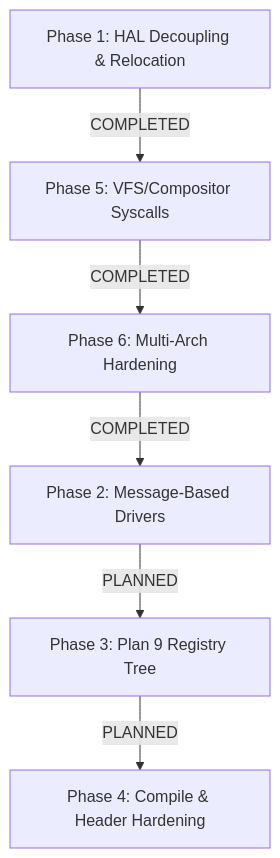
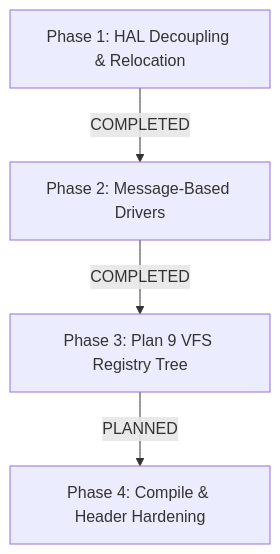
Before and after one commit to olmox001/os1test-dev: the diagram in REFACTOR_PLAN.md, drawn with Mermaid. The commit also changed other lines of this file and 9 other files, not shown here.

````diff
--- a/REFACTOR_PLAN.md
+++ b/REFACTOR_PLAN.md
@@ -45,8 +42,6 @@
 ```mermaid
 graph TD
-    P1[Phase 1: HAL Decoupling & Relocation] -->|COMPLETED| P5[Phase 5: VFS/Compositor Syscalls]
-    P5 -->|COMPLETED| P6[Phase 6: Multi-Arch Hardening]
-    P6 -->|COMPLETED| P2[Phase 2: Message-Based Drivers]
-    P2 -->|PLANNED| P3[Phase 3: Plan 9 Registry Tree]
+    P1[Phase 1: HAL Decoupling & Relocation] -->|COMPLETED| P2[Phase 2: Message-Based Drivers]
+    P2 -->|COMPLETED| P3[Phase 3: Plan 9 VFS Registry Tree]
     P3 -->|PLANNED| P4[Phase 4: Compile & Header Hardening]
 ```
````
